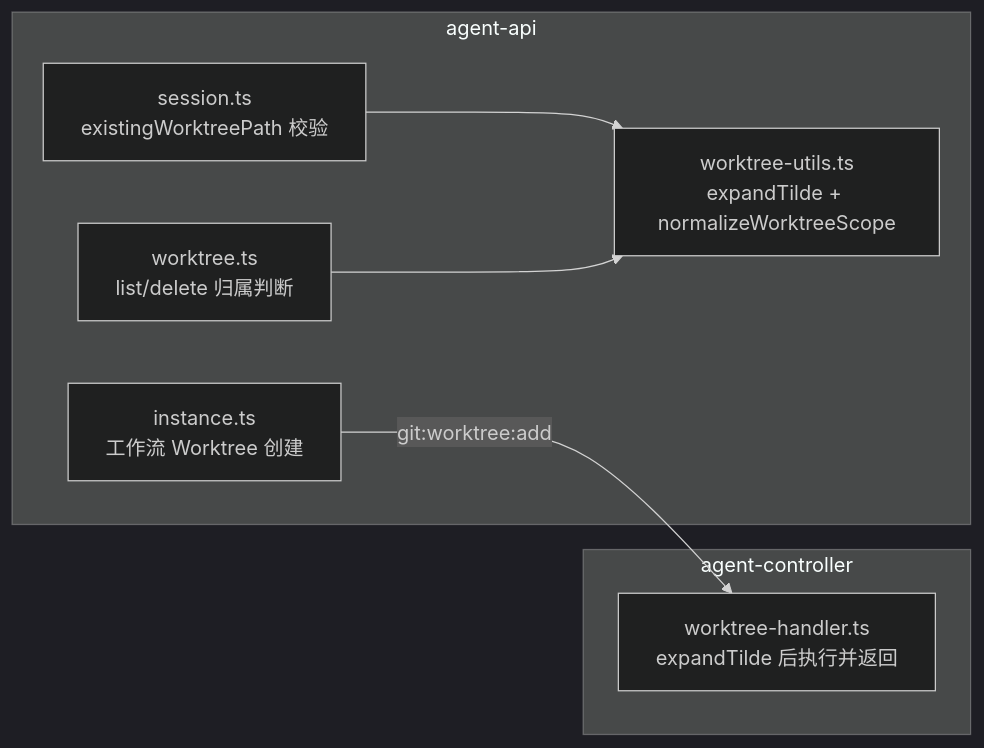
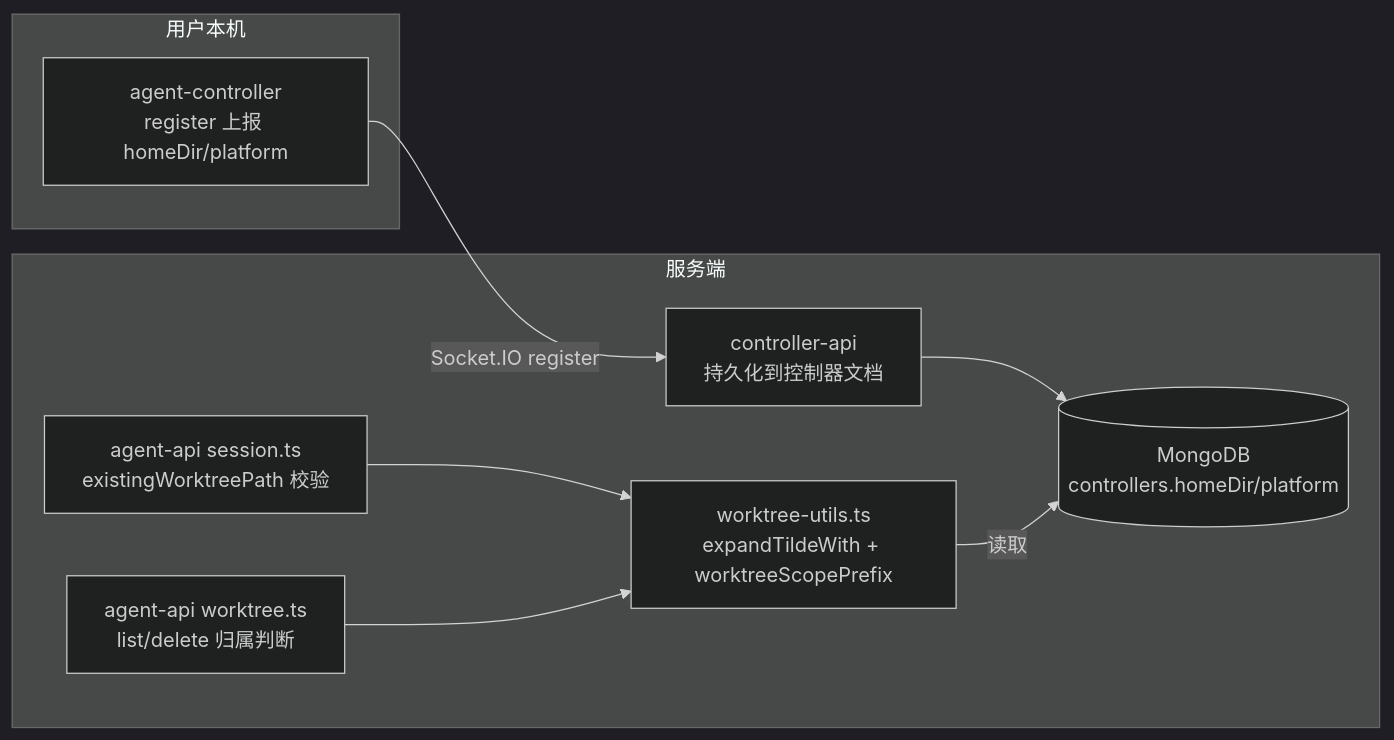
One commit to Deliay/z-agent-gear changed the second of 3 diagrams in docs/engineering/proposals/20260829-fix-workflow-worktree-session-start.md. Above: the diagram before and after it, drawn with Mermaid (dark theme). The commit also changed other lines of this file and 1 other file, not shown here.

Commit message:
docs(prd): 返工修订 - ~ 展开改为控制器 register 上报 homeDir/platform，弃用服务端 os.homedir() 方案

````diff
--- a/docs/engineering/proposals/20260829-fix-workflow-worktree-session-start.md
+++ b/docs/engineering/proposals/20260829-fix-workflow-worktree-session-start.md
@@ -77,15 +82,18 @@
 ```mermaid
 flowchart LR
-    subgraph agent-api
-        WU[worktree-utils.ts<br/>expandTilde + normalizeWorktreeScope]
-        SS[session.ts<br/>existingWorktreePath 校验]
-        WT[worktree.ts<br/>list/delete 归属判断]
-        WI[instance.ts<br/>工作流 Worktree 创建]
+    subgraph 用户本机
+        CTL[agent-controller<br/>register 上报 homeDir/platform]
     end
-    subgraph agent-controller
-        WH[worktree-handler.ts<br/>expandTilde 后执行并返回]
+    subgraph 服务端
+        CAPI[controller-api<br/>持久化到控制器文档]
+        DB[(MongoDB<br/>controllers.homeDir/platform)]
+        SS[agent-api session.ts<br/>existingWorktreePath 校验]
+        WT[agent-api worktree.ts<br/>list/delete 归属判断]
+        WU[worktree-utils.ts<br/>expandTildeWith + worktreeScopePrefix]
     end
-    WI -->|git:worktree:add| WH
+    CTL -->|Socket.IO register| CAPI
+    CAPI --> DB
     SS --> WU
     WT --> WU
+    WU -->|读取| DB
 ```
````
